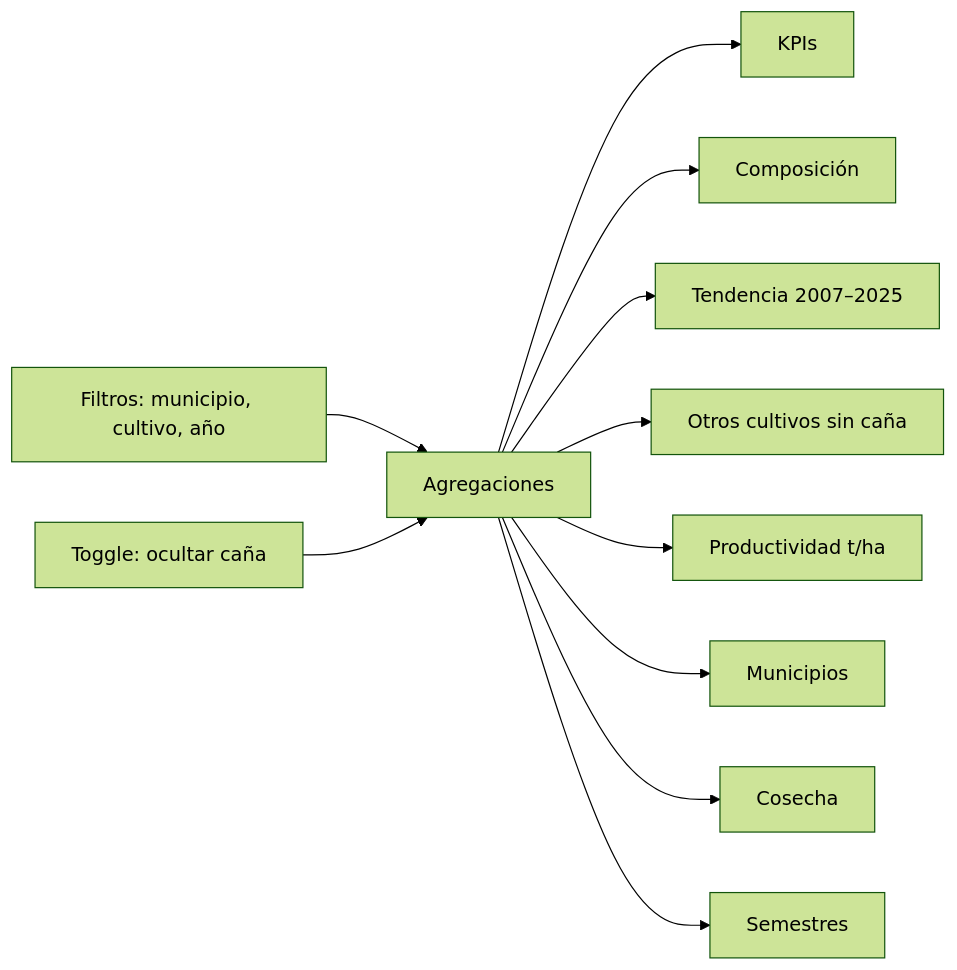
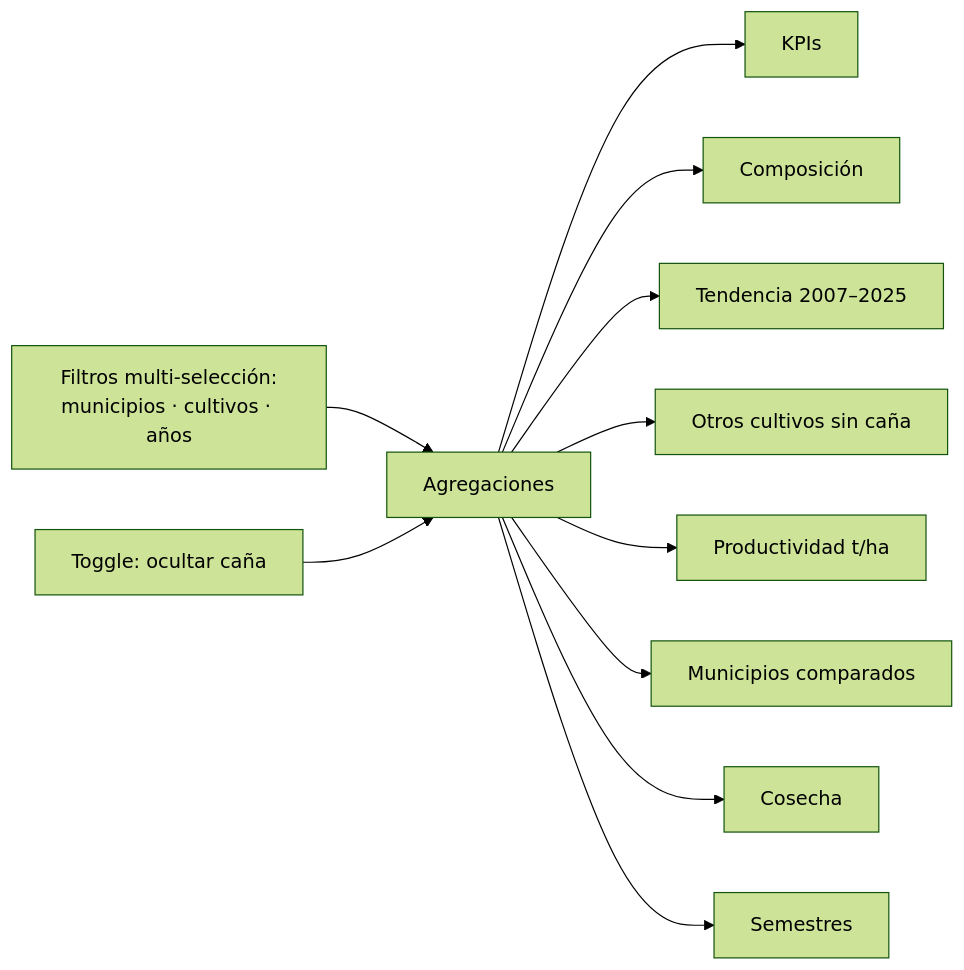
Before and after one commit to jairolopezlon/agrodatos: the eighth of 10 diagrams in docs/ARQUITECTURA.md, drawn with Mermaid (forest theme). The commit also changed other lines of this file and 2 other files, not shown here.

````diff
--- a/docs/ARQUITECTURA.md
+++ b/docs/ARQUITECTURA.md
@@ -207,13 +207,13 @@
 ```mermaid
 flowchart LR
-  F[Filtros: municipio, cultivo, año] --> A[Agregaciones]
+  F["Filtros multi-selección:<br/>municipios · cultivos · años"] --> A[Agregaciones]
   C[Toggle: ocultar caña] --> A
   A --> K[KPIs]
   A --> CO[Composición]
   A --> T[Tendencia 2007–2025]
   A --> O[Otros cultivos sin caña]
   A --> P[Productividad t/ha]
-  A --> M[Municipios]
+  A --> M[Municipios comparados]
   A --> H[Cosecha]
   A --> S[Semestres]
 ```
````
